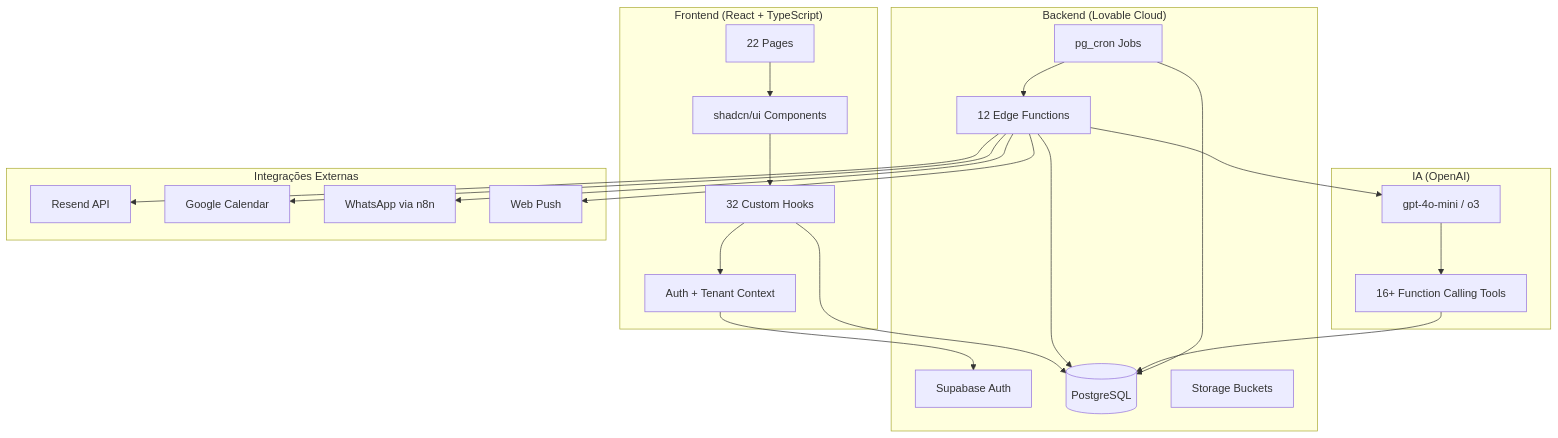
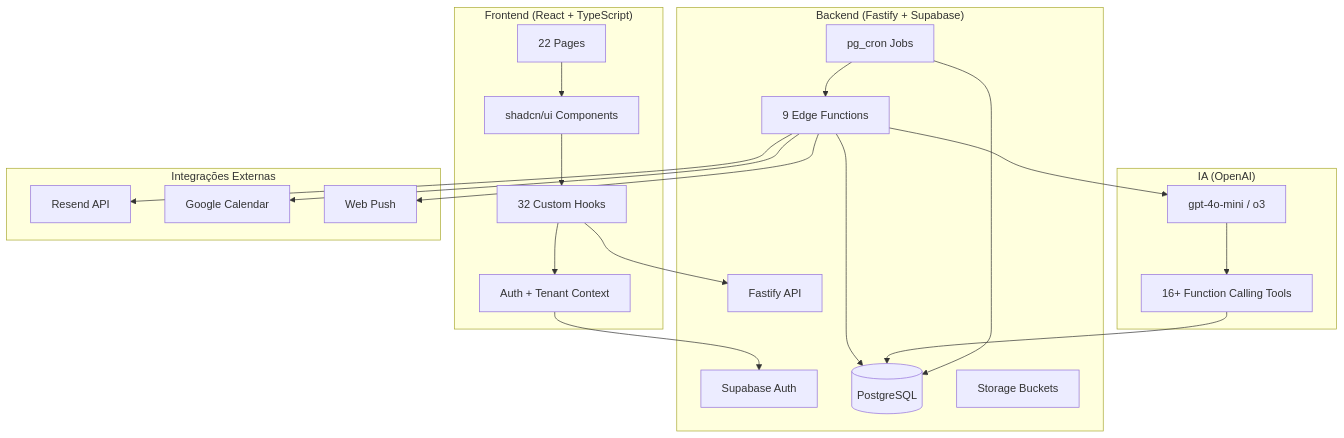
The first of 7 diagrams in DOCUMENTATION.md (WesterlleyNeres/seu-dinheiro-planejado), drawn with Mermaid before and after one commit. The commit also changed other lines of this file and 112 other files, not shown here.

````diff
--- a/DOCUMENTATION.md
+++ b/DOCUMENTATION.md
@@ -154,45 +153,44 @@
 ```mermaid
 graph TB
     subgraph Frontend["Frontend (React + TypeScript)"]
         UI[shadcn/ui Components]
         Pages[22 Pages]
         Hooks[32 Custom Hooks]
         Context[Auth + Tenant Context]
     end
     
-    subgraph Backend["Backend (Lovable Cloud)"]
+    subgraph Backend["Backend (Fastify + Supabase)"]
         Auth[Supabase Auth]
+        API[Fastify API]
         DB[(PostgreSQL)]
-        Edge[12 Edge Functions]
+        Edge[9 Edge Functions]
         Storage[Storage Buckets]
         Cron[pg_cron Jobs]
     end
     
     subgraph AI["IA (OpenAI)"]
         GPT[gpt-4o-mini / o3]
         Tools[16+ Function Calling Tools]
     end
     
     subgraph External["Integrações Externas"]
         Resend[Resend API]
         Google[Google Calendar]
-        WhatsApp[WhatsApp via n8n]
         Push[Web Push]
     end
     
     UI --> Hooks
     Hooks --> Context
     Context --> Auth
-    Hooks --> DB
+    Hooks --> API
     Edge --> DB
     Edge --> GPT
     GPT --> Tools
     Tools --> DB
     Edge --> Resend
     Edge --> Google
-    Edge --> WhatsApp
     Edge --> Push
     Cron --> DB
     Cron --> Edge
     Pages --> UI
 ```
````
